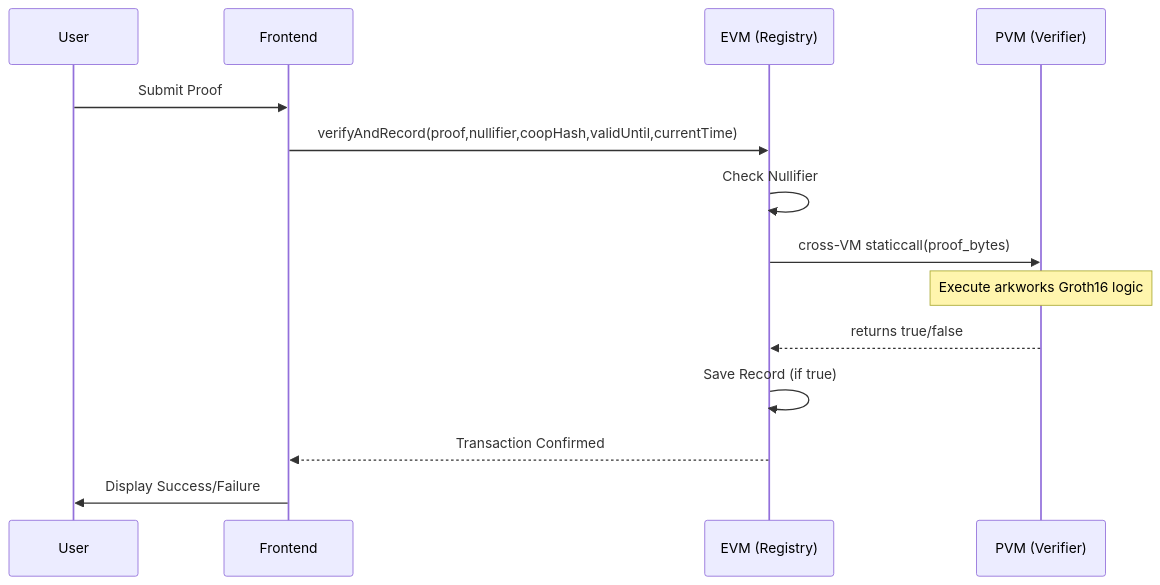
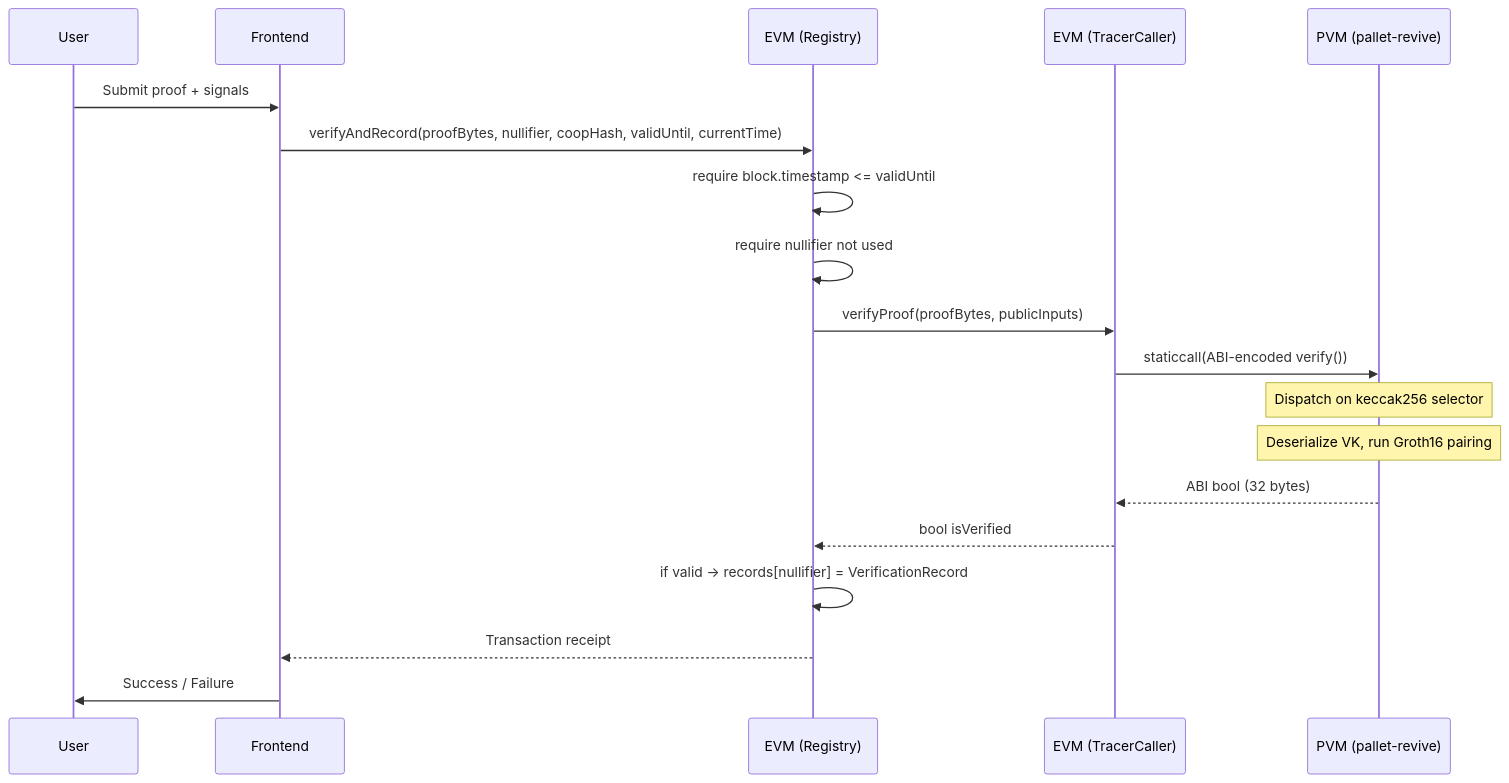
The diagram in ARCHITECTURE.md (openaiprotocol/oaip), drawn with Mermaid before and after one commit. The commit also changed other lines of this file and 3 other files, not shown here.

Commit message:
docs: create initial documentation for OIAP PVM Verifier with comprehensive overview, architecture, and usage instructions

````diff
--- a/ARCHITECTURE.md
+++ b/ARCHITECTURE.md
@@ -17,17 +22,22 @@
 ```mermaid
 sequenceDiagram
     participant User
     participant Frontend
     participant EVM (Registry)
-    participant PVM (Verifier)
-    
-    User->>Frontend: Submit Proof
-    Frontend->>EVM (Registry): verifyAndRecord(proof,nullifier,coopHash,validUntil,currentTime)
-    EVM (Registry)->>EVM (Registry): Check Nullifier
-    EVM (Registry)->>PVM (Verifier): cross-VM staticcall(proof_bytes)
-    Note over PVM (Verifier): Execute arkworks Groth16 logic
-    PVM (Verifier)-->>EVM (Registry): returns true/false
-    EVM (Registry)->>EVM (Registry): Save Record (if true)
-    EVM (Registry)-->>Frontend: Transaction Confirmed
-    Frontend->>User: Display Success/Failure
+    participant EVM (TracerCaller)
+    participant PVM (pallet-revive)
+
+    User->>Frontend: Submit proof + signals
+    Frontend->>EVM (Registry): verifyAndRecord(proofBytes, nullifier, coopHash, validUntil, currentTime)
+    EVM (Registry)->>EVM (Registry): require block.timestamp <= validUntil
+    EVM (Registry)->>EVM (Registry): require nullifier not used
+    EVM (Registry)->>EVM (TracerCaller): verifyProof(proofBytes, publicInputs)
+    EVM (TracerCaller)->>PVM (pallet-revive): staticcall(ABI-encoded verify())
+    Note over PVM (pallet-revive): Dispatch on keccak256 selector
+    Note over PVM (pallet-revive): Deserialize VK, run Groth16 pairing
+    PVM (pallet-revive)-->>EVM (TracerCaller): ABI bool (32 bytes)
+    EVM (TracerCaller)-->>EVM (Registry): bool isVerified
+    EVM (Registry)->>EVM (Registry): if valid → records[nullifier] = VerificationRecord
+    EVM (Registry)-->>Frontend: Transaction receipt
+    Frontend->>User: Success / Failure
 ```
````
